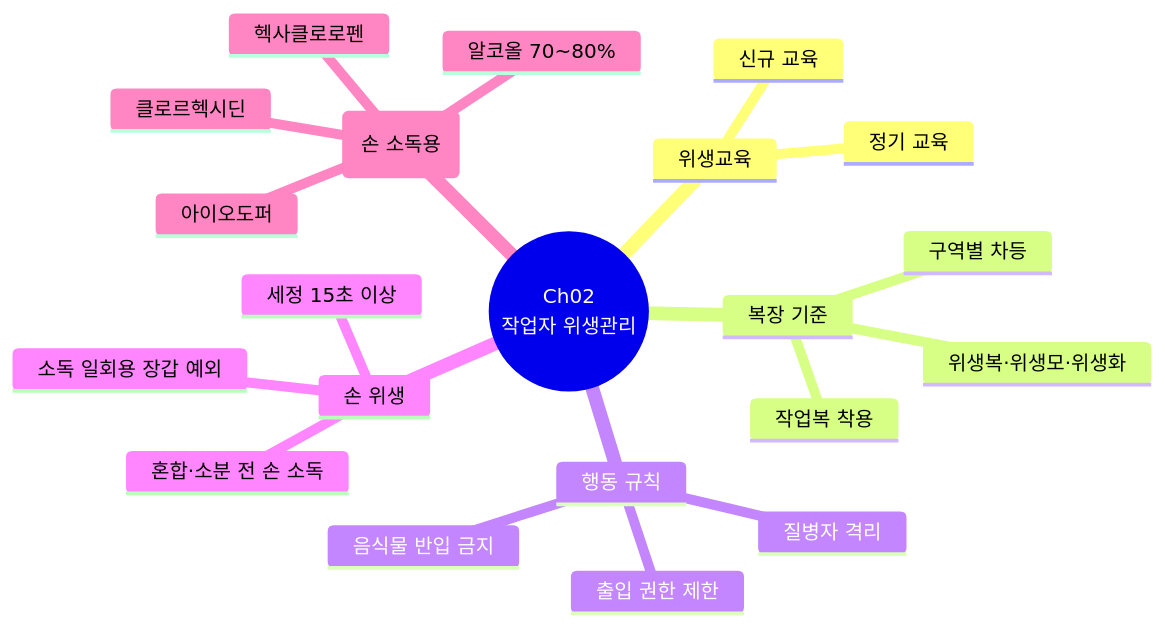
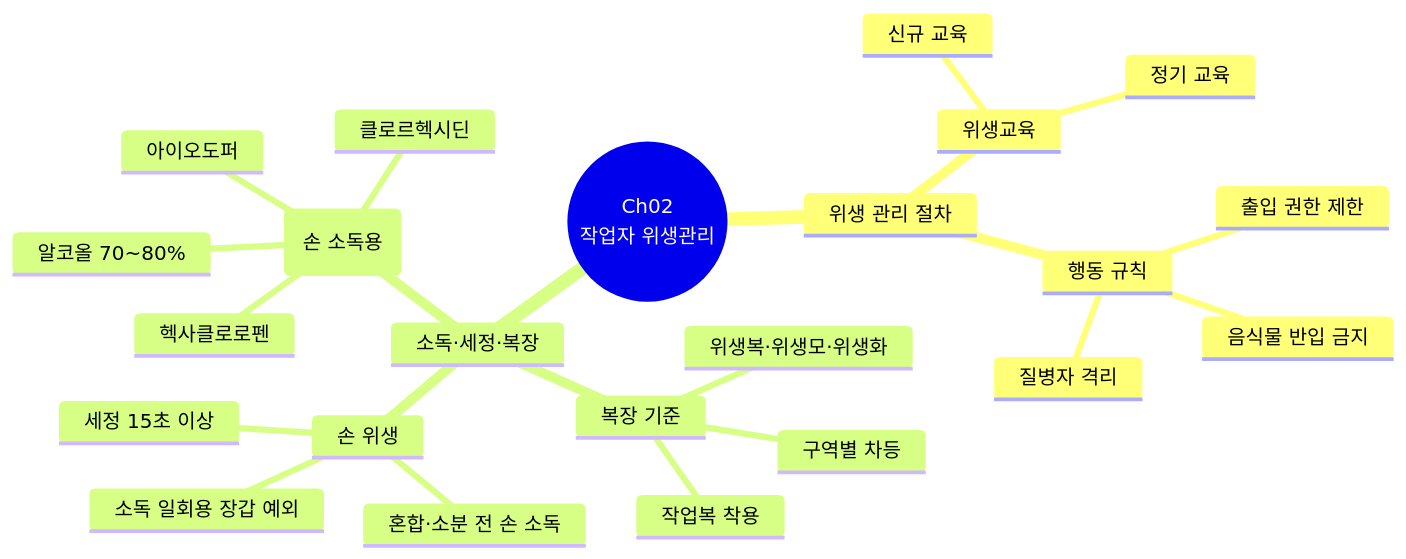
The third of 12 diagrams in content/교재/safety/3과목_유통화장품안전관리_이야기형.md (skygoldlee-cyber/Personalized_Skincare), drawn with Mermaid before and after one commit. The commit also changed other lines of this file and 11 other files, not shown here.

````diff
--- a/content/교재/safety/3과목_유통화장품안전관리_이야기형.md
+++ b/content/교재/safety/3과목_유통화장품안전관리_이야기형.md
@@ -300,24 +300,26 @@
 ```mermaid
 mindmap
  root((Ch02<br/>작업자 위생관리))
-  위생교육
-   신규 교육
-   정기 교육
-  복장 기준
-   작업복 착용
-   구역별 차등
-   위생복·위생모·위생화
-  행동 규칙
-   음식물 반입 금지
-   질병자 격리
-   출입 권한 제한
-  손 위생
-   세정 15초 이상
-   소독 일회용 장갑 예외
-   혼합·소분 전 손 소독
-  소독제 4종(손 소독용)
-   알코올 70~80%
-   클로르헥시딘
-   헥사클로로펜
-   아이오도퍼
+  위생 관리 절차
+   위생교육
+    신규 교육
+    정기 교육
+   행동 규칙
+    음식물 반입 금지
+    질병자 격리
+    출입 권한 제한
+  소독·세정·복장
+   복장 기준
+    작업복 착용
+    구역별 차등
+    위생복·위생모·위생화
+   손 위생
+    세정 15초 이상
+    소독 일회용 장갑 예외
+    혼합·소분 전 손 소독
+   소독제 4종(손 소독용)
+    알코올 70~80%
+    클로르헥시딘
+    헥사클로로펜
+    아이오도퍼
 ```
````
